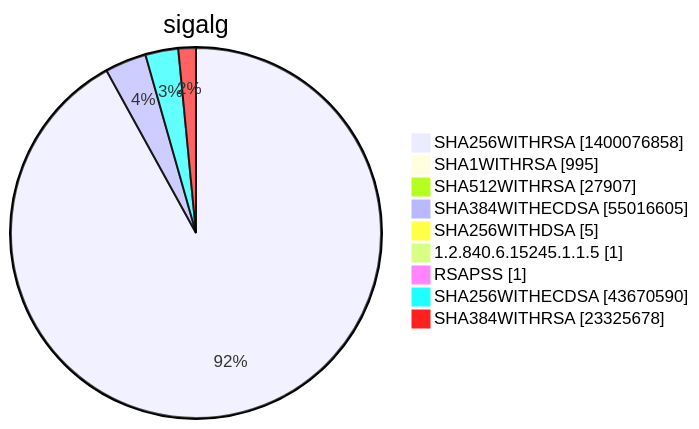
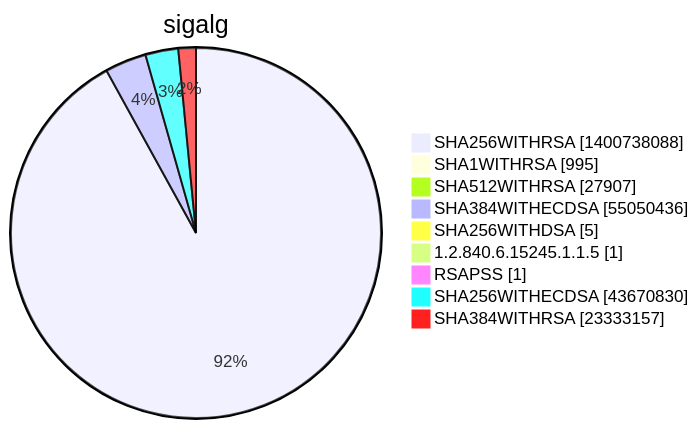
Diagram 15 of 15 in xenon2022/README.md (christiankrug/ctmonitor_visualization), drawn with Mermaid before and after one commit. The commit also changed other lines of this file, not shown here.

````diff
--- a/xenon2022/README.md
+++ b/xenon2022/README.md
@@ -5855,13 +5855,13 @@
 ```mermaid
 pie showData
 title sigalg
-"SHA256WITHRSA" :1400076858
+"SHA256WITHRSA" :1400738088
 "SHA1WITHRSA" :995
 "SHA512WITHRSA" :27907
-"SHA384WITHECDSA" :55016605
+"SHA384WITHECDSA" :55050436
 "SHA256WITHDSA" :5
 "1.2.840.6.15245.1.1.5" :1
 "RSAPSS" :1
-"SHA256WITHECDSA" :43670590
-"SHA384WITHRSA" :23325678
+"SHA256WITHECDSA" :43670830
+"SHA384WITHRSA" :23333157
 ```
````
